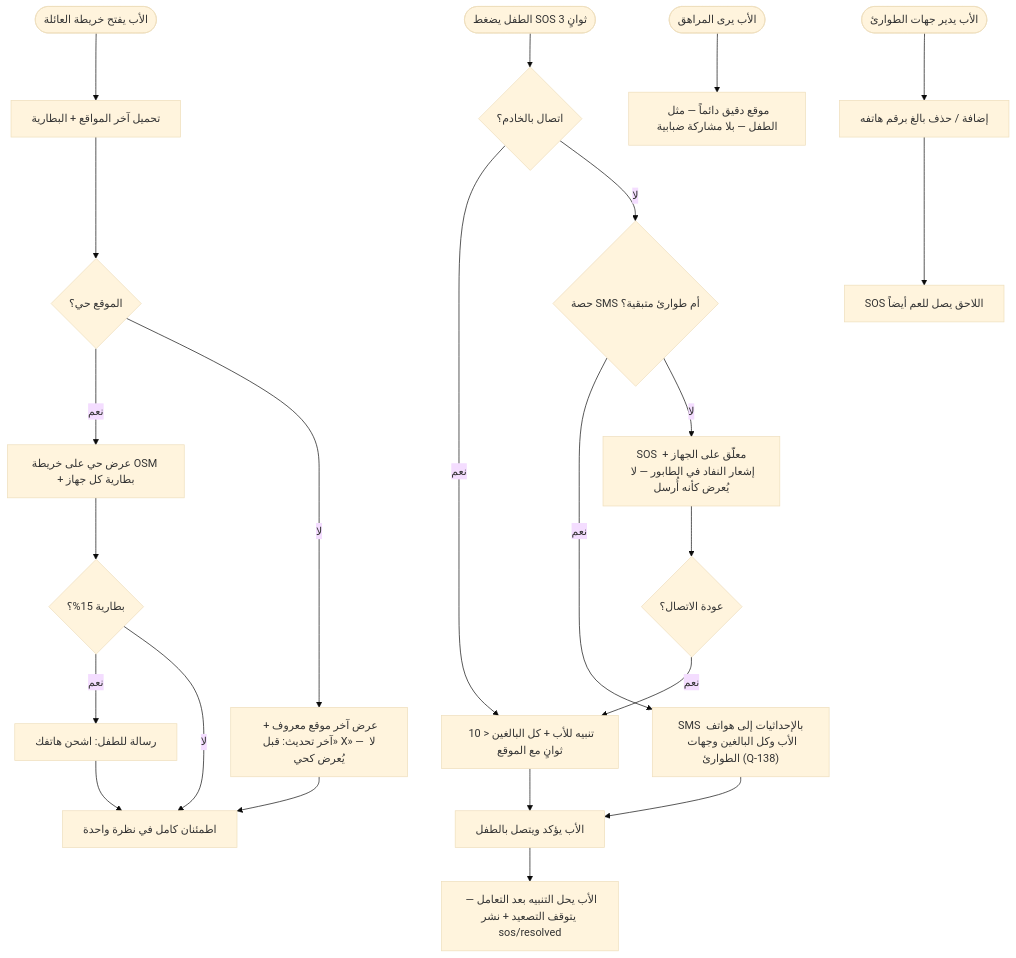
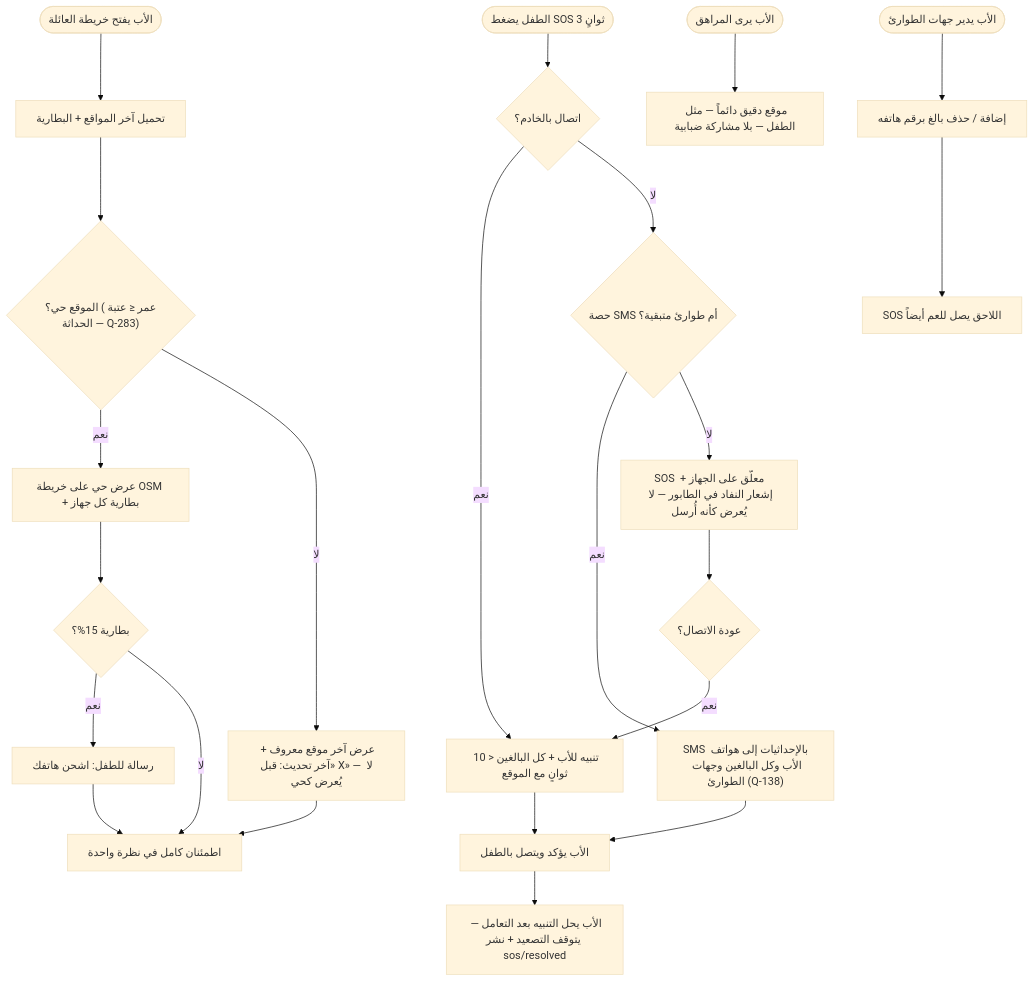
One commit to Bassam-mohammed-alqaeadi/family-os-v2 changed diagram 11 of 13 in docs/family-os/governance/phases/phase-1/S1-07-location-basic/DIAGRAMS.md. Above: the diagram before and after it, drawn with Mermaid (base theme). The commit also changed other lines of this file and 1 other file, not shown here.

Commit message:
R2-S107-07 (Q-283): عتبة حداثة الموقع — الحي ضمن LOCATION_STALENESS_THRESHOLD (قيمة مختبر Q-027)؛ والأقدم «آخر موقع معروف منذ X» لا يُقدَّم كحي أبداً

````diff
--- a/docs/family-os/governance/phases/phase-1/S1-07-location-basic/DIAGRAMS.md
+++ b/docs/family-os/governance/phases/phase-1/S1-07-location-basic/DIAGRAMS.md
@@ -393,25 +394,25 @@
 ```mermaid
 flowchart TD
     Start([الأب يفتح خريطة العائلة]) --> Load[تحميل آخر المواقع + البطارية]
-    Load --> Fresh{الموقع حي؟}
+    Load --> Fresh{"الموقع حي؟ (عمر ≤ عتبة الحداثة — Q-283)"}
     Fresh -->|نعم| Live[عرض حي على خريطة OSM + بطارية كل جهاز]
     Fresh -->|لا| Stale["عرض آخر موقع معروف + «آخر تحديث: قبل X» — لا يُعرض كحي"]
     Live --> LowBatt{بطارية 15%؟}
     LowBatt -->|نعم| Msg[رسالة للطفل: اشحن هاتفك]
     LowBatt -->|لا| Watch[اطمئنان كامل في نظرة واحدة]
     Stale --> Watch
     Msg --> Watch
     Child([الطفل يضغط SOS 3 ثوانٍ]) --> Net{اتصال بالخادم؟}
     Net -->|نعم| Online[تنبيه للأب + كل البالغين < 10 ثوانٍ مع الموقع]
     Net -->|لا| Quota{حصة SMS أم طوارئ متبقية؟}
     Quota -->|نعم| SMS["SMS بالإحداثيات إلى هواتف الأب وكل البالغين وجهات الطوارئ (Q-138)"]
     Quota -->|لا| Pending[SOS معلّق على الجهاز + إشعار النفاد في الطابور — لا يُعرض كأنه أُرسل]
     Online --> Ack[الأب يؤكد ويتصل بالطفل]
     Ack --> Resolve[الأب يحل التنبيه بعد التعامل — يتوقف التصعيد + نشر sos/resolved]
     SMS --> Ack
     Pending --> Reconnect{عودة الاتصال؟}
     Reconnect -->|نعم| Online
     Teen([الأب يرى المراهق]) --> Precise[موقع دقيق دائماً — مثل الطفل — بلا مشاركة ضبابية]
     Father2([الأب يدير جهات الطوارئ]) --> Contacts[إضافة / حذف بالغ برقم هاتفه]
     Contacts --> Next[SOS اللاحق يصل للعم أيضاً]
 ```
````
